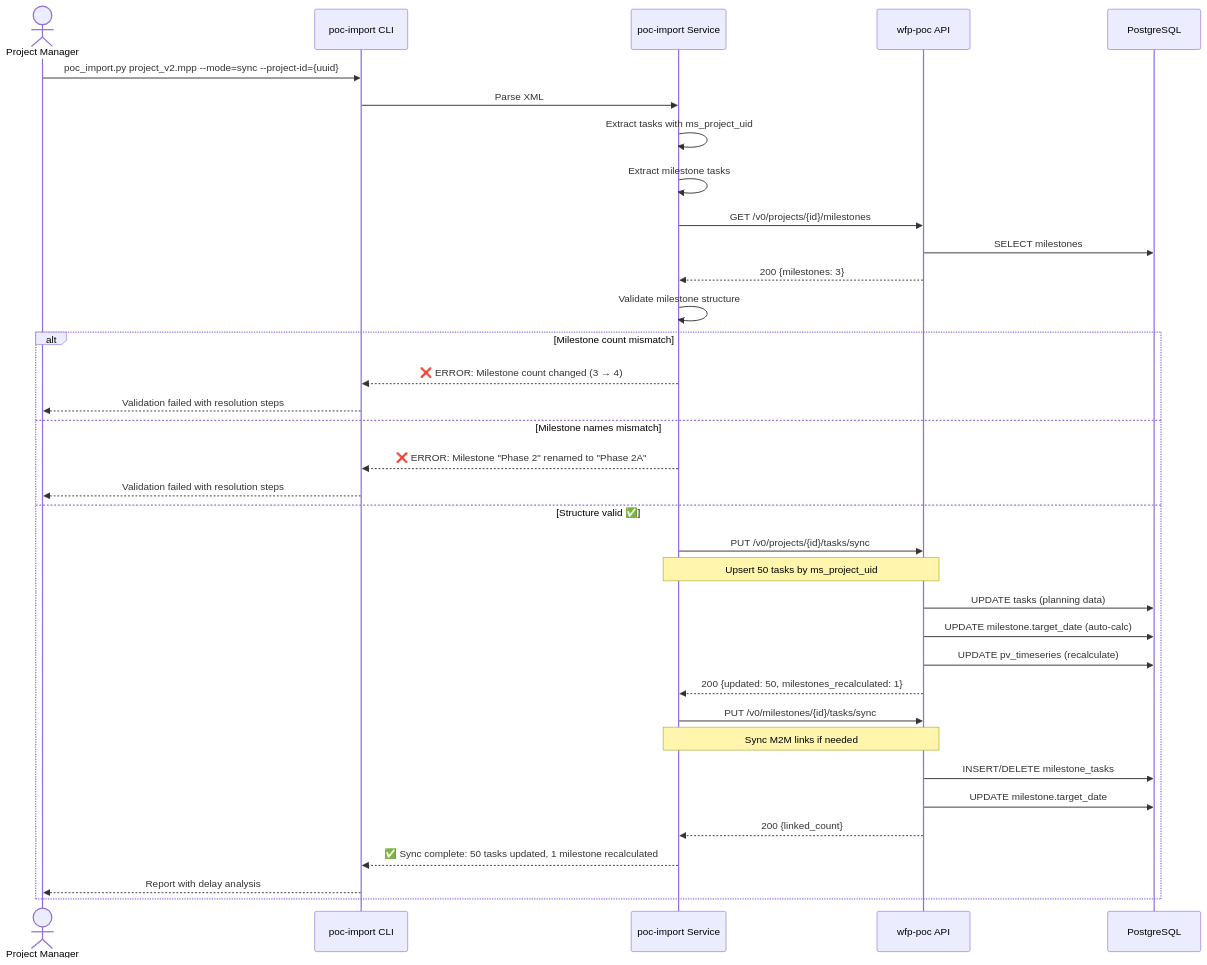
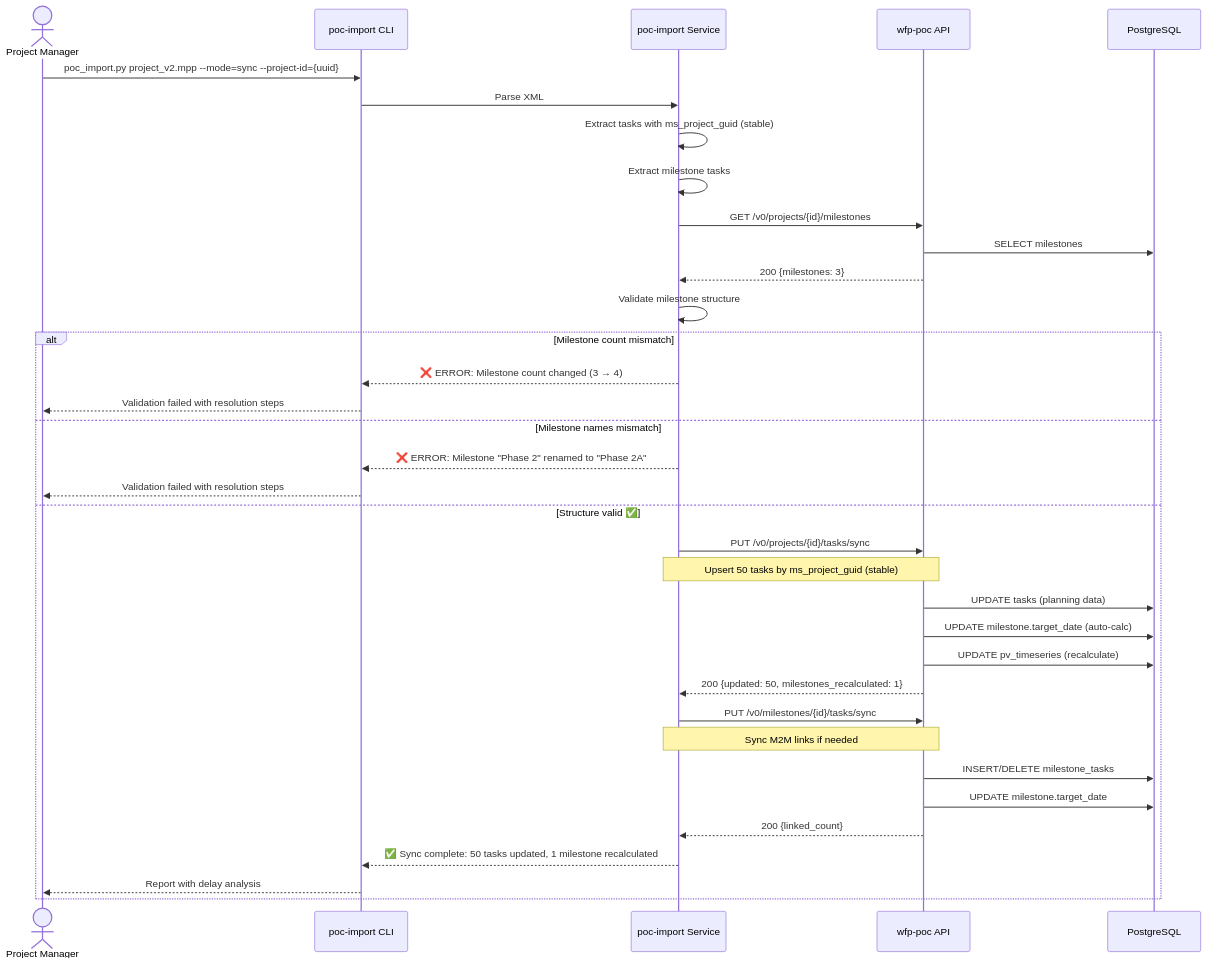
One commit to waterfall-project/wfp-poc changed the third of 5 diagrams in spec/integration-wfp-services.md. Above: the diagram before and after it, drawn with Mermaid. The commit also changed other lines of this file and 1 other file, not shown here.

First line of the commit message:
fix(spec): use ms_project_guid (GUID) instead of ms_project_uid (UID) for stable upsert

````diff
--- a/spec/integration-wfp-services.md
+++ b/spec/integration-wfp-services.md
@@ -292,42 +295,42 @@
 ```mermaid
 sequenceDiagram
     actor PM as Project Manager
     participant CLI as poc-import CLI
     participant IMP as poc-import Service
     participant API as wfp-poc API
     participant DB as PostgreSQL
     
     PM->>CLI: poc_import.py project_v2.mpp --mode=sync --project-id={uuid}
     CLI->>IMP: Parse XML
-    IMP->>IMP: Extract tasks with ms_project_uid
+    IMP->>IMP: Extract tasks with ms_project_guid (stable)
     IMP->>IMP: Extract milestone tasks
     
     IMP->>API: GET /v0/projects/{id}/milestones
     API->>DB: SELECT milestones
     API-->>IMP: 200 {milestones: 3}
     
     IMP->>IMP: Validate milestone structure
     alt Milestone count mismatch
         IMP-->>CLI: ❌ ERROR: Milestone count changed (3 → 4)
         CLI-->>PM: Validation failed with resolution steps
     else Milestone names mismatch
         IMP-->>CLI: ❌ ERROR: Milestone "Phase 2" renamed to "Phase 2A"
         CLI-->>PM: Validation failed with resolution steps
     else Structure valid ✅
         IMP->>API: PUT /v0/projects/{id}/tasks/sync
-        Note over IMP,API: Upsert 50 tasks by ms_project_uid
+        Note over IMP,API: Upsert 50 tasks by ms_project_guid (stable)
         API->>DB: UPDATE tasks (planning data)
         API->>DB: UPDATE milestone.target_date (auto-calc)
         API->>DB: UPDATE pv_timeseries (recalculate)
         API-->>IMP: 200 {updated: 50, milestones_recalculated: 1}
         
         IMP->>API: PUT /v0/milestones/{id}/tasks/sync
         Note over IMP,API: Sync M2M links if needed
         API->>DB: INSERT/DELETE milestone_tasks
         API->>DB: UPDATE milestone.target_date
         API-->>IMP: 200 {linked_count}
         
         IMP-->>CLI: ✅ Sync complete: 50 tasks updated, 1 milestone recalculated
         CLI-->>PM: Report with delay analysis
     end
 ```
````
